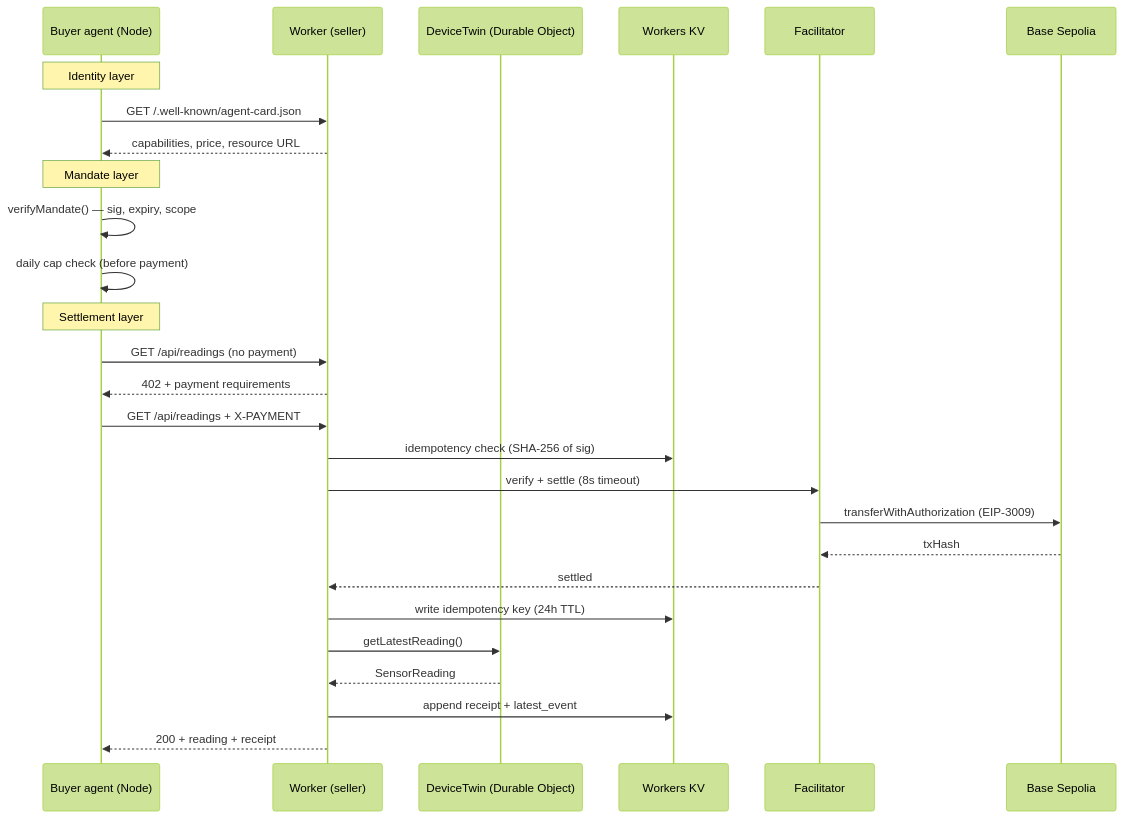
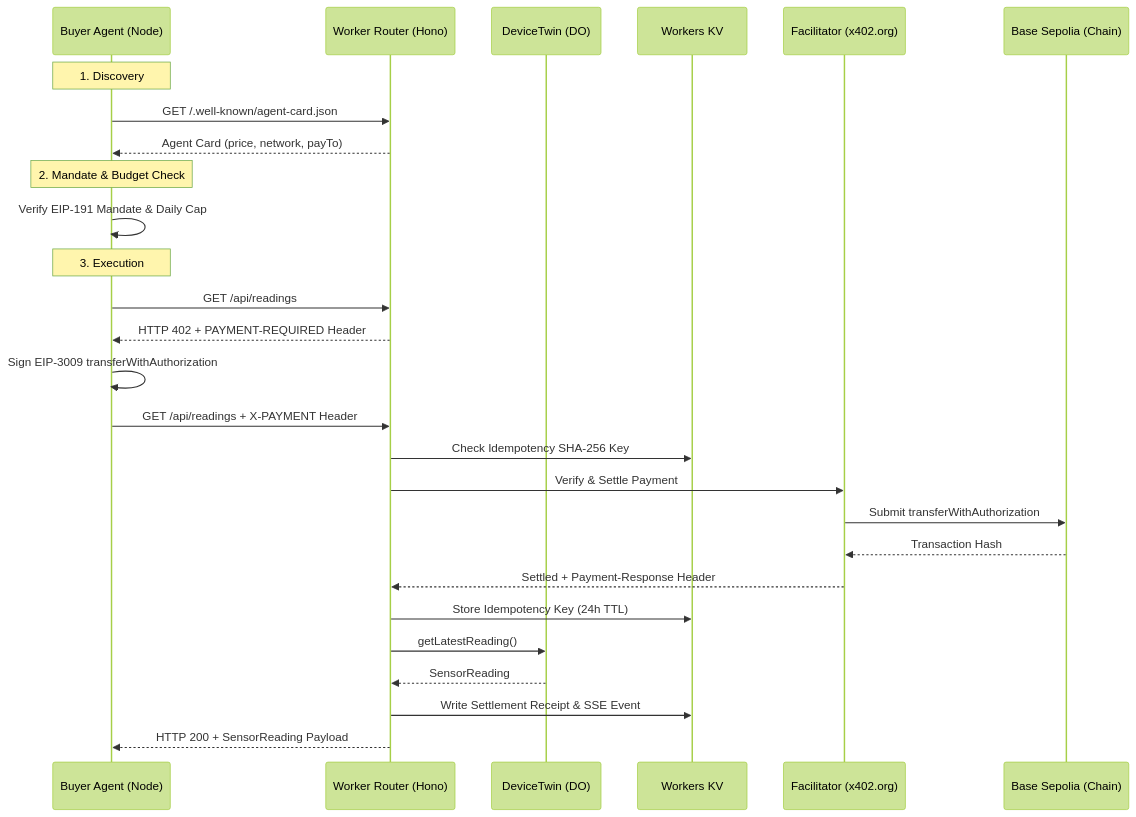
One commit to Soresta/x402-iot-poc changed the diagram in docs/week3/WEEK3-REPORT.md. Above: the diagram before and after it, drawn with Mermaid (forest theme). The commit also changed other lines of this file and 1 other file, not shown here.

````diff
--- a/docs/week3/WEEK3-REPORT.md
+++ b/docs/week3/WEEK3-REPORT.md
@@ -15,32 +15,32 @@
 ```mermaid
 sequenceDiagram
-    participant B as Buyer agent (Node)
-    participant W as Worker (seller)
-    participant DO as DeviceTwin (Durable Object)
+    participant B as Buyer Agent (Node)
+    participant W as Worker Router (Hono)
+    participant DO as DeviceTwin (DO)
     participant KV as Workers KV
-    participant F as Facilitator
-    participant C as Base Sepolia
+    participant F as Facilitator (x402.org)
+    participant C as Base Sepolia (Chain)
 
-    Note over B: Identity layer
+    Note over B: 1. Discovery
     B->>W: GET /.well-known/agent-card.json
-    W-->>B: capabilities, price, resource URL
+    W-->>B: Agent Card (price, network, payTo)
 
-    Note over B: Mandate layer
-    B->>B: verifyMandate() — sig, expiry, scope
-    B->>B: daily cap check (before payment)
+    Note over B: 2. Mandate & Budget Check
+    B->>B: Verify EIP-191 Mandate & Daily Cap
 
-    Note over B: Settlement layer
-    B->>W: GET /api/readings (no payment)
-    W-->>B: 402 + payment requirements
-    B->>W: GET /api/readings + X-PAYMENT
-    W->>KV: idempotency check (SHA-256 of sig)
-    W->>F: verify + settle (8s timeout)
-    F->>C: transferWithAuthorization (EIP-3009)
-    C-->>F: txHash
-    F-->>W: settled
-    W->>KV: write idempotency key (24h TTL)
+    Note over B: 3. Execution
+    B->>W: GET /api/readings
+    W-->>B: HTTP 402 + PAYMENT-REQUIRED Header
+    B->>B: Sign EIP-3009 transferWithAuthorization
+    B->>W: GET /api/readings + X-PAYMENT Header
+    W->>KV: Check Idempotency SHA-256 Key
+    W->>F: Verify & Settle Payment
+    F->>C: Submit transferWithAuthorization
+    C-->>F: Transaction Hash
+    F-->>W: Settled + Payment-Response Header
+    W->>KV: Store Idempotency Key (24h TTL)
     W->>DO: getLatestReading()
     DO-->>W: SensorReading
-    W->>KV: append receipt + latest_event
-    W-->>B: 200 + reading + receipt
+    W->>KV: Write Settlement Receipt & SSE Event
+    W-->>B: HTTP 200 + SensorReading Payload
 ```
````
